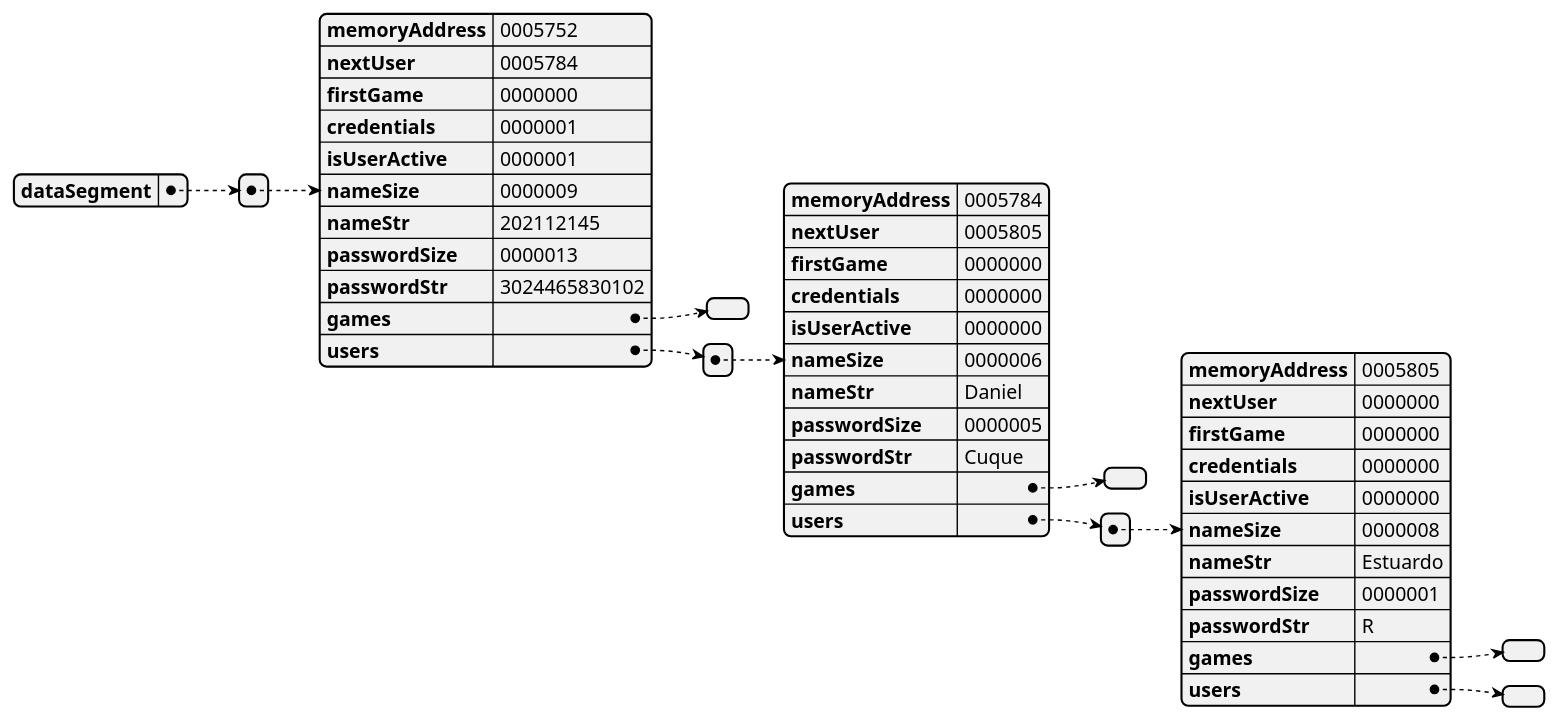
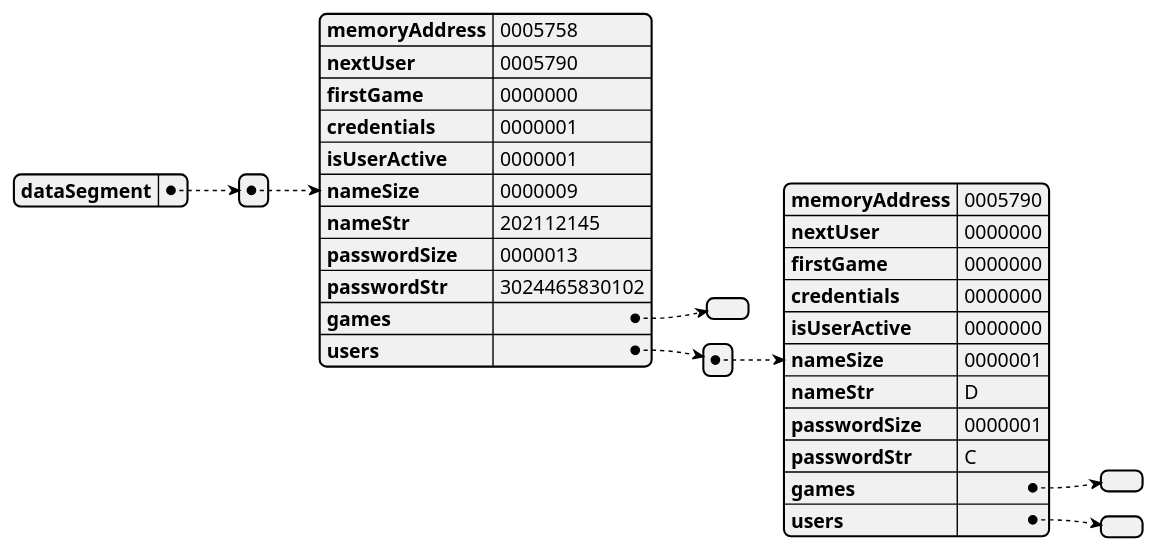
The diagram in docs/uml/README.md (danielcuque/ACE1-PROYECTO2), drawn with PlantUML before and after one commit. The commit also changed 5 other files, not shown here.

`````diff
--- a/docs/uml/README.md
+++ b/docs/uml/README.md
@@ -1,36 +1,26 @@
 ````plantuml
 @startjson memoryGraph
 {"dataSegment":
-[{"memoryAddress":"0005752",
-"nextUser":"0005784",
+[{"memoryAddress":"0005758",
+"nextUser":"0005790",
 "firstGame":"0000000",
 "credentials":"0000001",
 "isUserActive":"0000001",
 "nameSize":"0000009",
 "nameStr":"202112145",
 "passwordSize":"0000013",
 "passwordStr":"3024465830102",
 "games":[],
-"users":[{"memoryAddress":"0005784",
-"nextUser":"0005805",
-"firstGame":"0000000",
-"credentials":"0000000",
-"isUserActive":"0000000",
-"nameSize":"0000006",
-"nameStr":"Daniel",
-"passwordSize":"0000005",
-"passwordStr":"Cuque",
-"games":[],
-"users":[{"memoryAddress":"0005805",
+"users":[{"memoryAddress":"0005790",
 "nextUser":"0000000",
 "firstGame":"0000000",
 "credentials":"0000000",
 "isUserActive":"0000000",
-"nameSize":"0000008",
-"nameStr":"Estuardo",
+"nameSize":"0000001",
+"nameStr":"D",
 "passwordSize":"0000001",
-"passwordStr":"R",
+"passwordStr":"C",
 "games":[],
-"users":[]}]}]}]}
+"users":[]}]}]}
 @endjson
 ````
`````
